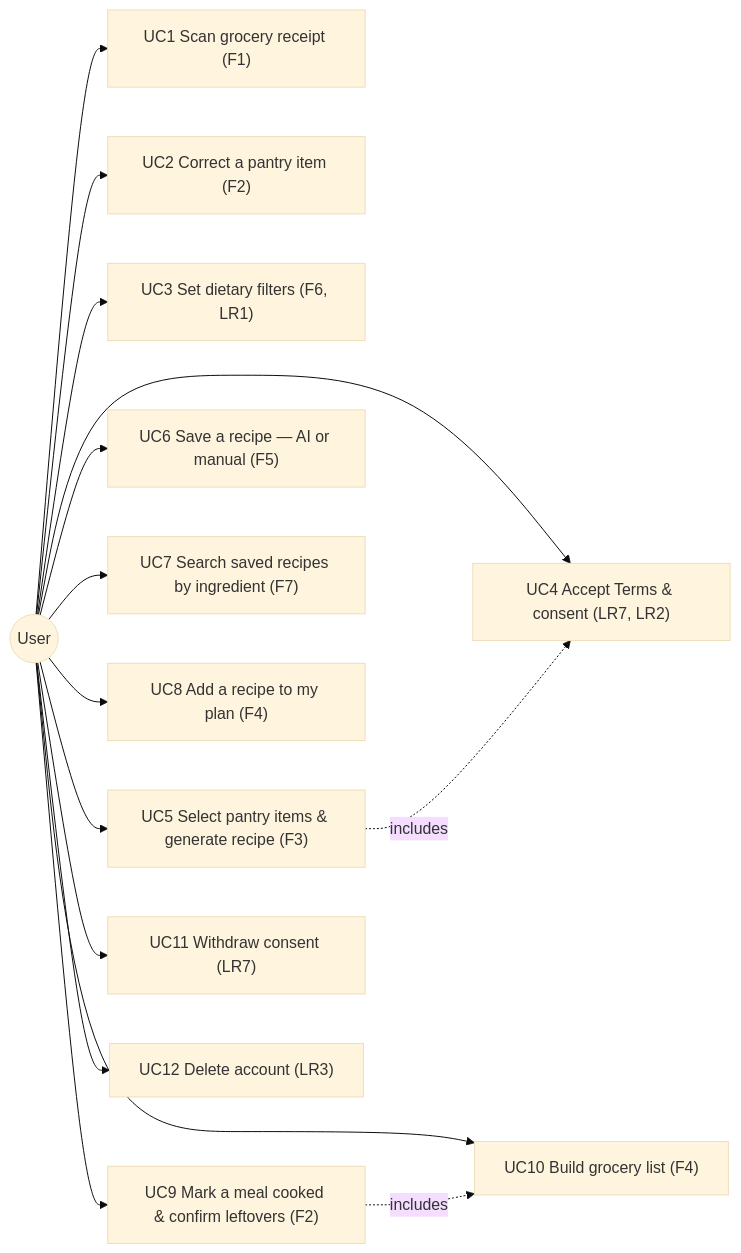
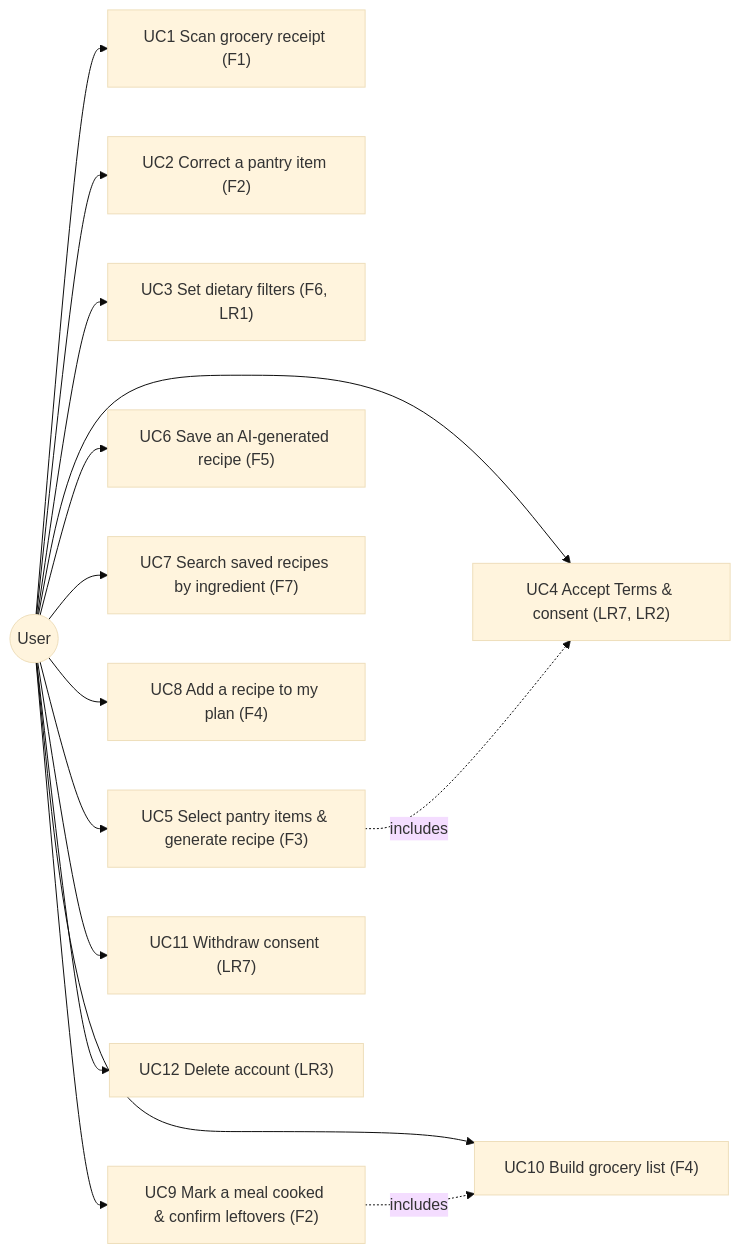
Before and after one commit to eaindraysupan1005/smart-recipe-planner: the diagram in .docs/02-design/04-diagrams/02-use-case.md, drawn with Mermaid (base theme). The commit also changed 8 other files, not shown here.

````diff
--- a/.docs/02-design/04-diagrams/02-use-case.md
+++ b/.docs/02-design/04-diagrams/02-use-case.md
@@ -10,33 +10,33 @@
 ```mermaid
 graph LR
     User((User))
 
     UC1["UC1 Scan grocery receipt (F1)"]
     UC2["UC2 Correct a pantry item (F2)"]
     UC3["UC3 Set dietary filters (F6, LR1)"]
     UC4["UC4 Accept Terms & consent (LR7, LR2)"]
     UC5["UC5 Select pantry items & generate recipe (F3)"]
-    UC6["UC6 Save a recipe — AI or manual (F5)"]
+    UC6["UC6 Save an AI-generated recipe (F5)"]
     UC7["UC7 Search saved recipes by ingredient (F7)"]
     UC8["UC8 Add a recipe to my plan (F4)"]
     UC9["UC9 Mark a meal cooked & confirm leftovers (F2)"]
     UC10["UC10 Build grocery list (F4)"]
     UC11["UC11 Withdraw consent (LR7)"]
     UC12["UC12 Delete account (LR3)"]
 
     User --> UC1
     User --> UC2
     User --> UC3
     User --> UC4
     User --> UC5
     User --> UC6
     User --> UC7
     User --> UC8
     User --> UC9
     User --> UC10
     User --> UC11
     User --> UC12
 
     UC5 -. includes .-> UC4
     UC9 -. includes .-> UC10
 ```
````
